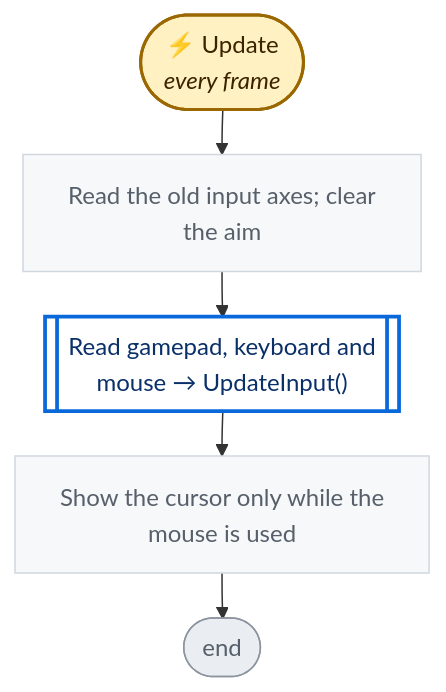
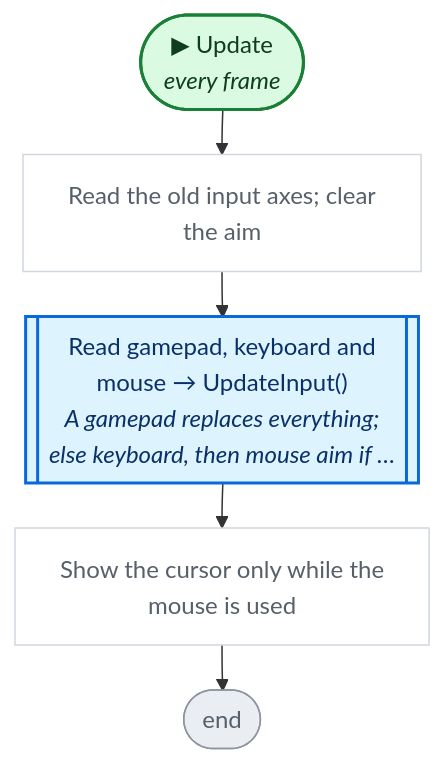
One commit to nataiai/Lord-of-the-Dungeon changed the fourth of 5 diagrams in CodeGraph~/graph/Controller.cs.md. Above: the diagram before and after it, drawn with Mermaid. The commit also changed other lines of this file and 44 other files, not shown here.

````diff
--- a/CodeGraph~/graph/Controller.cs.md
+++ b/CodeGraph~/graph/Controller.cs.md
@@ -118,33 +124,37 @@
 ```mermaid
 ---
 config:
   flowchart:
     wrappingWidth: 260
     nodeSpacing: 26
     rankSpacing: 30
 ---
 flowchart TD
-  nS(["⚡ Update<br><i>every frame</i>"])
+  nS(["▶ Update<br><i>every frame</i>"])
   n079405["Read the old input axes; clear<br>the aim"]
-  n1926a8[["Read gamepad, keyboard and<br>mouse → UpdateInput()"]]
+  n1926a8[["Read gamepad, keyboard and<br>mouse → UpdateInput()<br><i>A gamepad replaces everything;</i><br><i>else keyboard, then mouse aim if …</i>"]]
   nf1f1a2["Show the cursor only while the<br>mouse is used"]
   nE(["end"])
   nS --> n079405
   n079405 --> n1926a8
   n1926a8 --> nf1f1a2
   nf1f1a2 --> nE
-  classDef unity fill:#fff1c2,stroke:#9a6700,stroke-width:2px,color:#3b2300
-  classDef start fill:#ddf4ff,stroke:#0969da,stroke-width:2px,color:#0a3069
-  classDef calc fill:#f6f8fa,stroke:#d0d7de,color:#57606a
-  classDef calls fill:#ffffff,stroke:#0969da,stroke-width:2.5px,color:#0a3069
-  classDef cond fill:#ffffff,stroke:#6e7781,stroke-width:1.5px,color:#1f2328
-  classDef loop fill:#fbefff,stroke:#8250df,color:#3e1f79
-  classDef exit fill:#eaeef2,stroke:#57606a,color:#24292f
-  classDef wait fill:#fff8f0,stroke:#bc4c00,color:#4d1d00
+  classDef unity fill:#dafbe1,stroke:#1a7f37,stroke-width:2px,color:#0f3d1d
+  classDef start fill:#dafbe1,stroke:#1a7f37,stroke-width:2px,color:#0f3d1d
+  classDef calc fill:#ffffff,stroke:#d0d7de,color:#57606a
+  classDef calls fill:#ddf4ff,stroke:#0969da,stroke-width:2px,color:#0a3069
+  classDef ext fill:#ddf4ff,stroke:#0969da,stroke-width:2px,stroke-dasharray:5 3,color:#0a3069
+  classDef cond fill:#fff8c5,stroke:#bf8700,stroke-width:1.5px,color:#3d2a00
+  classDef loop fill:#f6f8fa,stroke:#57606a,color:#1f2328
+  classDef exit fill:#ffebe9,stroke:#cf222e,color:#82071e
+  classDef kill fill:#ffebe9,stroke:#cf222e,stroke-width:2px,color:#82071e
+  classDef spawn fill:#dafbe1,stroke:#1a7f37,stroke-width:2px,color:#0f3d1d
+  classDef wait fill:#fff1e5,stroke:#bc4c00,color:#4d1d00
   classDef fin fill:#eaeef2,stroke:#8c959f,color:#57606a
   classDef join fill:#d0d7de,stroke:#8c959f,color:#57606a
+  classDef ghdr fill:#f5f9ff,stroke:#f5f9ff,color:#0a3069,font-weight:bold
   class n079405,nf1f1a2 calc
   class n1926a8 calls
   class nE fin
   class nS unity
 ```
````
